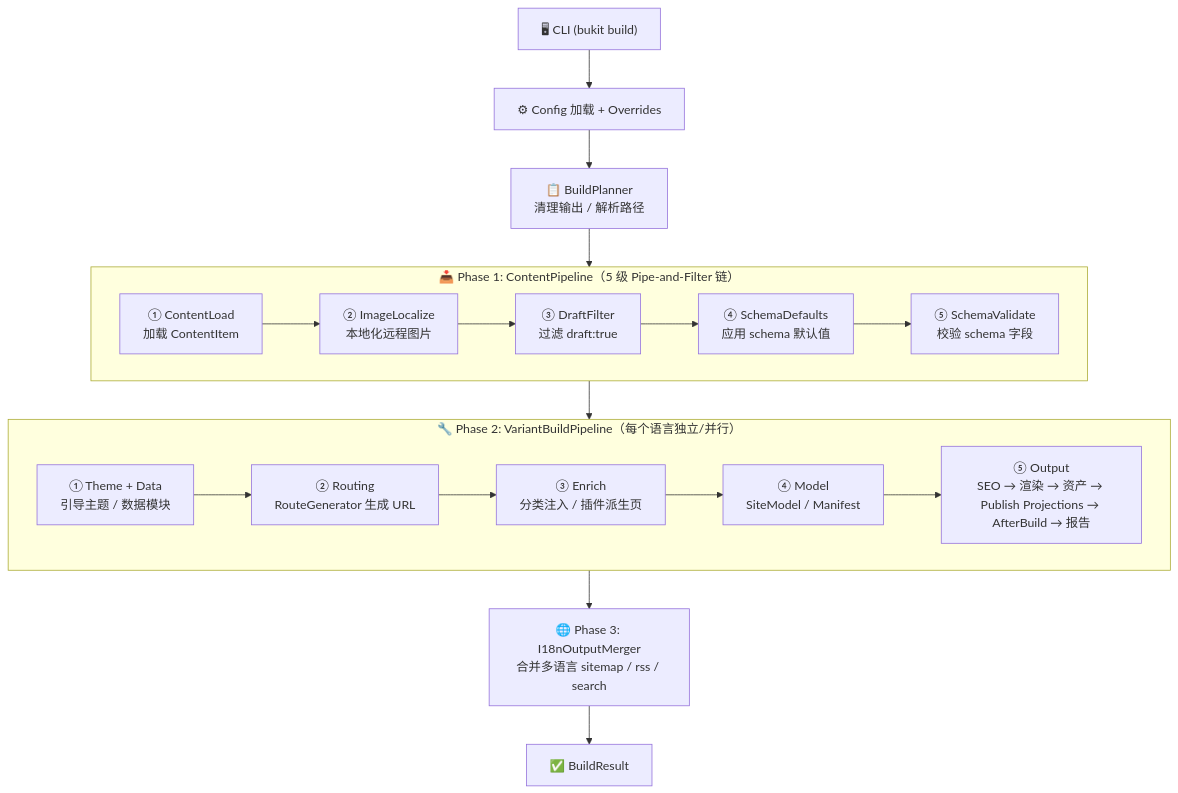
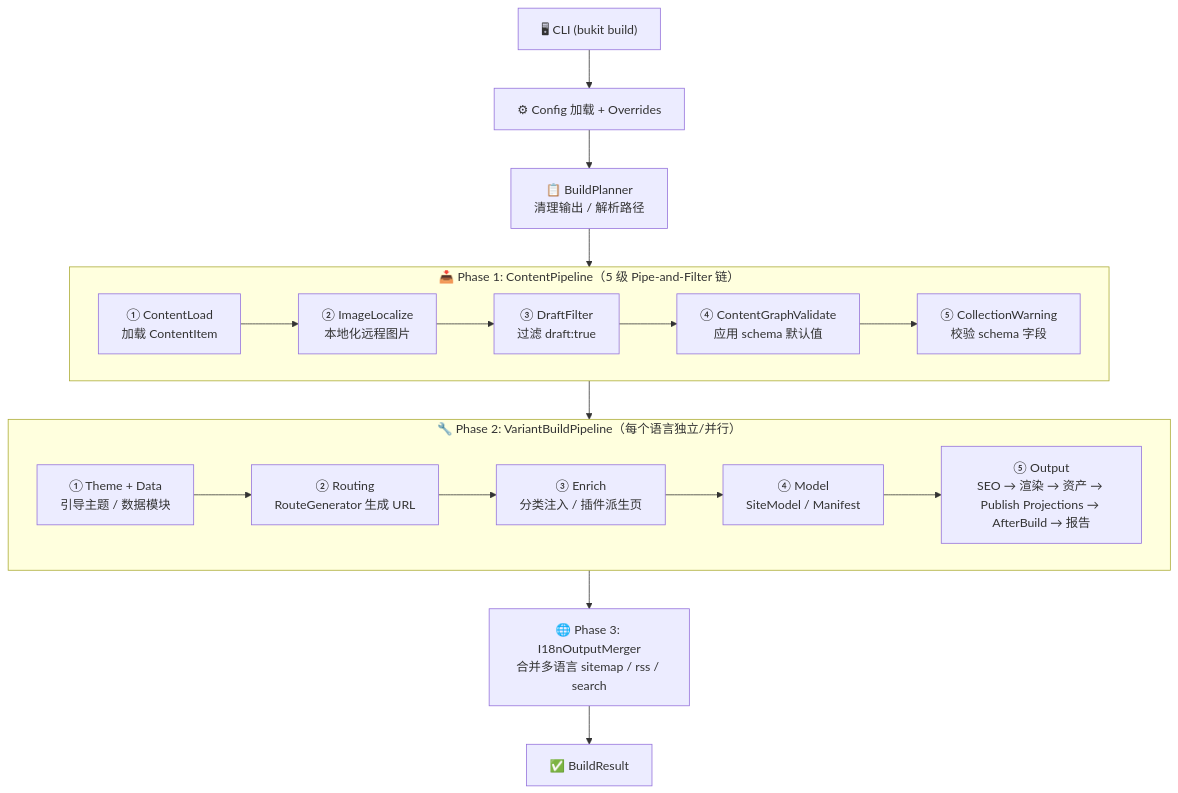
The diagram in guide/dev/architecture.zh-CN.md (ALi365-SDN-BHD/Bukit), drawn with Mermaid before and after one commit. The commit also changed 56 other files, not shown here.

First line of the commit message:
refactor: 完成vNext内容模型schema与内容管道重构

````diff
--- a/guide/dev/architecture.zh-CN.md
+++ b/guide/dev/architecture.zh-CN.md
@@ -7,23 +7,23 @@
 ```mermaid
 flowchart TD
     CLI["🖥 CLI (bukit build)"] --> CFG["⚙ Config 加载 + Overrides"]
     CFG --> P0["📋 BuildPlanner<br/>清理输出 / 解析路径"]
 
     subgraph P1["📥 Phase 1: ContentPipeline（5 级 Pipe-and-Filter 链）"]
         direction LR
-        C1["① ContentLoad<br/>加载 ContentItem"] --> C2["② ImageLocalize<br/>本地化远程图片"] --> C3["③ DraftFilter<br/>过滤 draft:true"] --> C4["④ SchemaDefaults<br/>应用 schema 默认值"] --> C5["⑤ SchemaValidate<br/>校验 schema 字段"]
+        C1["① ContentLoad<br/>加载 ContentItem"] --> C2["② ImageLocalize<br/>本地化远程图片"] --> C3["③ DraftFilter<br/>过滤 draft:true"] --> C4["④ ContentGraphValidate<br/>应用 schema 默认值"] --> C5["⑤ CollectionWarning<br/>校验 schema 字段"]
     end
 
     P0 --> C1
 
     subgraph P2["🔧 Phase 2: VariantBuildPipeline（每个语言独立/并行）"]
         direction LR
         G1["① Theme + Data<br/>引导主题 / 数据模块"] --> G2["② Routing<br/>RouteGenerator 生成 URL"] --> G3["③ Enrich<br/>分类注入 / 插件派生页"] --> G4["④ Model<br/>SiteModel / Manifest"] --> G5["⑤ Output<br/>SEO → 渲染 → 资产 → Publish Projections → AfterBuild → 报告"]
     end
 
     C5 --> G1
 
     P3["🌐 Phase 3: I18nOutputMerger<br/>合并多语言 sitemap / rss / search"]
     G5 --> P3
     P3 --> RESULT["✅ BuildResult"]
 ```
````
